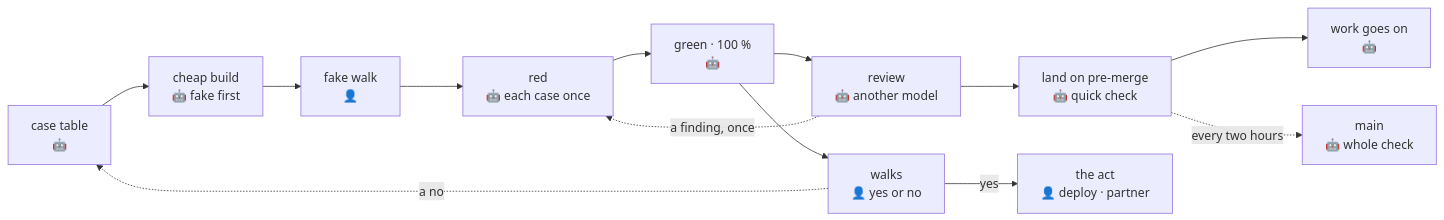
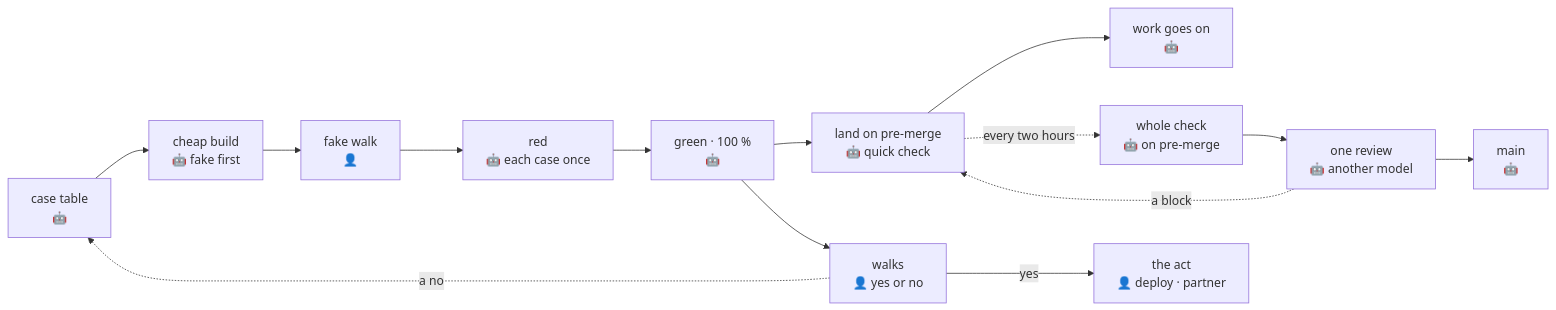
One commit to ancJ29/credo changed the diagram in docs/conventions/qa.md. Above: the diagram before and after it, drawn with Mermaid. The commit also changed other lines of this file, not shown here.

Commit message:
docs(qa): one review before main moves, none before pre-merge

````diff
--- a/docs/conventions/qa.md
+++ b/docs/conventions/qa.md
@@ -17,14 +17,15 @@
 ```mermaid
 flowchart LR
   table["case table<br/>🤖"] --> cheap["cheap build<br/>🤖 fake first"]
   cheap --> look["fake walk<br/>👤"] --> red["red<br/>🤖 each case once"]
   red --> green["green · 100 %<br/>🤖"]
-  green --> review["review<br/>🤖 another model"]
-  review --> merge["land on pre-merge<br/>🤖 quick check"]
+  green --> merge["land on pre-merge<br/>🤖 quick check"]
   merge --> on["work goes on<br/>🤖"]
-  merge -. every two hours .-> main["main<br/>🤖 whole check"]
+  merge -. every two hours .-> whole["whole check<br/>🤖 on pre-merge"]
+  whole --> review["one review<br/>🤖 another model"]
+  review --> main["main<br/>🤖"]
   green --> walks["walks<br/>👤 yes or no"]
   walks -- yes --> act["the act<br/>👤 deploy · partner"]
-  review -. a finding, once .-> red
+  review -. a block .-> merge
   walks -. a no .-> table
 ```
````
